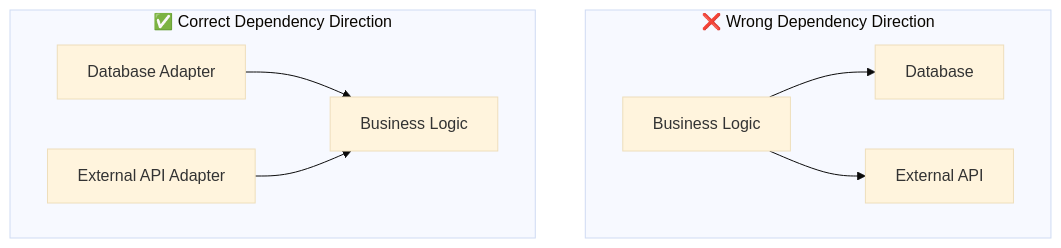
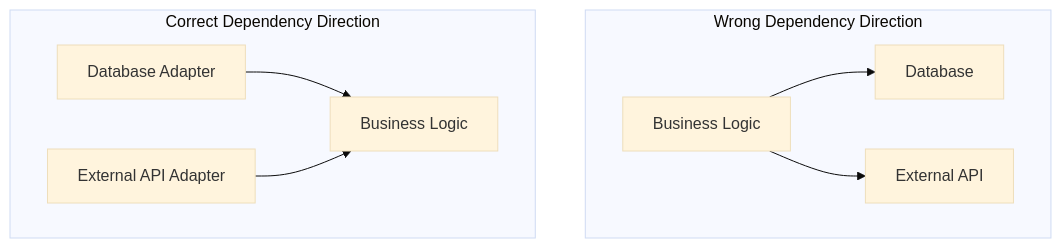
The second of 4 diagrams in content/en/docs/ddd/concepts/architecture.md (advanced-beginner/advanced-beginner.github.io), drawn with Mermaid (base theme) before and after one commit. The commit also changed other lines of this file and 26 other files, not shown here.

````diff
--- a/content/en/docs/ddd/concepts/architecture.md
+++ b/content/en/docs/ddd/concepts/architecture.md
@@ -105,18 +109,18 @@
 ```mermaid
 flowchart TB
-    subgraph Wrong["❌ Wrong Dependency Direction"]
+    subgraph Wrong["Wrong Dependency Direction"]
         W1["Business Logic"]
         W2["Database"]
         W3["External API"]
         W1 --> W2
         W1 --> W3
     end
 
-    subgraph Right["✅ Correct Dependency Direction"]
+    subgraph Right["Correct Dependency Direction"]
         R1["Business Logic"]
         R2["Database Adapter"]
         R3["External API Adapter"]
         R2 --> R1
         R3 --> R1
     end
 ```
````
